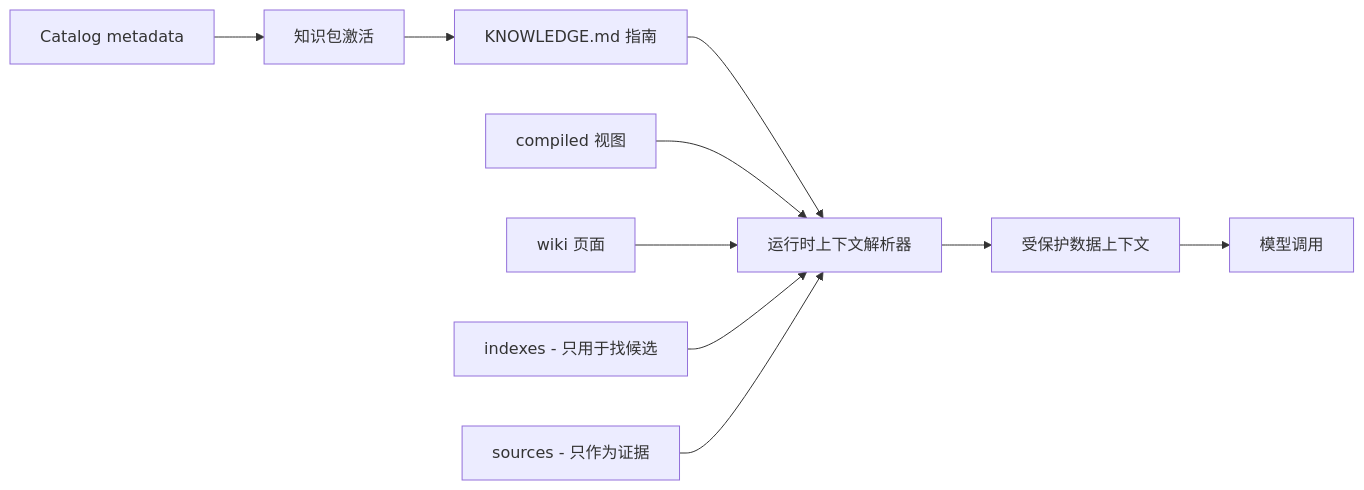
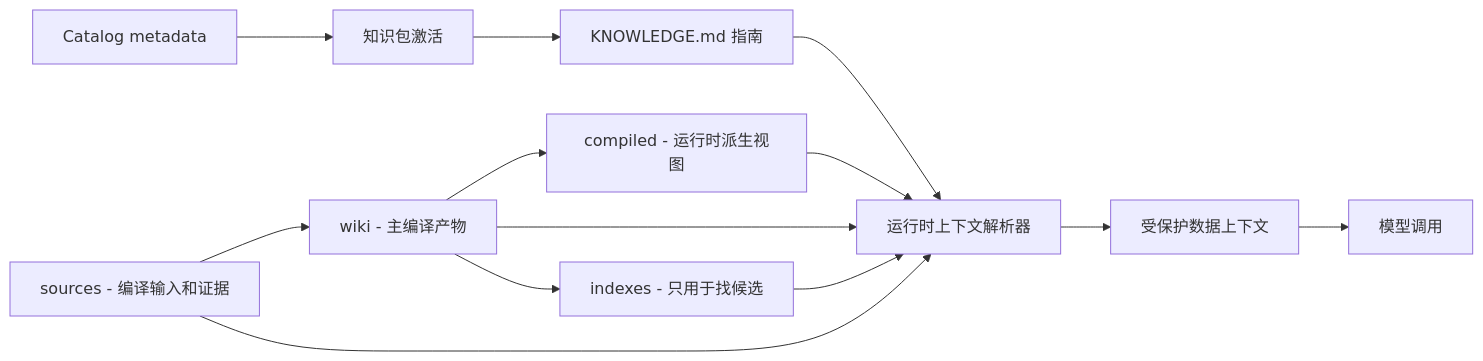
One commit to limecloud/agentknowledge changed the diagram in docs/zh/specification.md. Above: the diagram before and after it, drawn with Mermaid. The commit also changed other lines of this file and 26 other files, not shown here.

````diff
--- a/docs/zh/specification.md
+++ b/docs/zh/specification.md
@@ -113,12 +129,15 @@
 ```mermaid
 flowchart LR
   Metadata["Catalog metadata"] --> Activation["知识包激活"]
   Activation --> Guide["KNOWLEDGE.md 指南"]
   Guide --> Resolver["运行时上下文解析器"]
-  Compiled["compiled 视图"] --> Resolver
-  Wiki["wiki 页面"] --> Resolver
-  Indexes["indexes - 只用于找候选"] --> Resolver
-  Sources["sources - 只作为证据"] --> Resolver
+  Sources["sources - 编译输入和证据"] --> Wiki["wiki - 主编译产物"]
+  Wiki --> Compiled["compiled - 运行时派生视图"]
+  Wiki --> Indexes["indexes - 只用于找候选"]
+  Compiled --> Resolver
+  Wiki --> Resolver
+  Indexes --> Resolver
+  Sources --> Resolver
   Resolver --> Fenced["受保护数据上下文"]
   Fenced --> Model["模型调用"]
 ```
````
